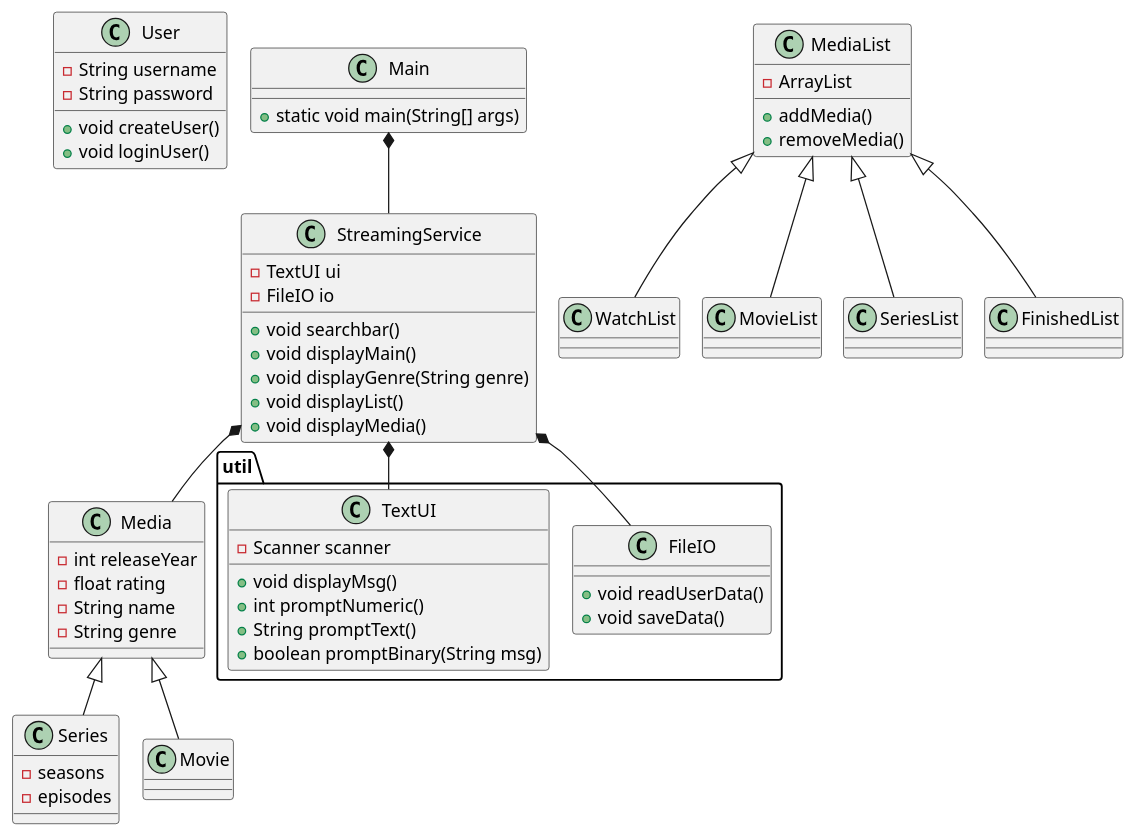
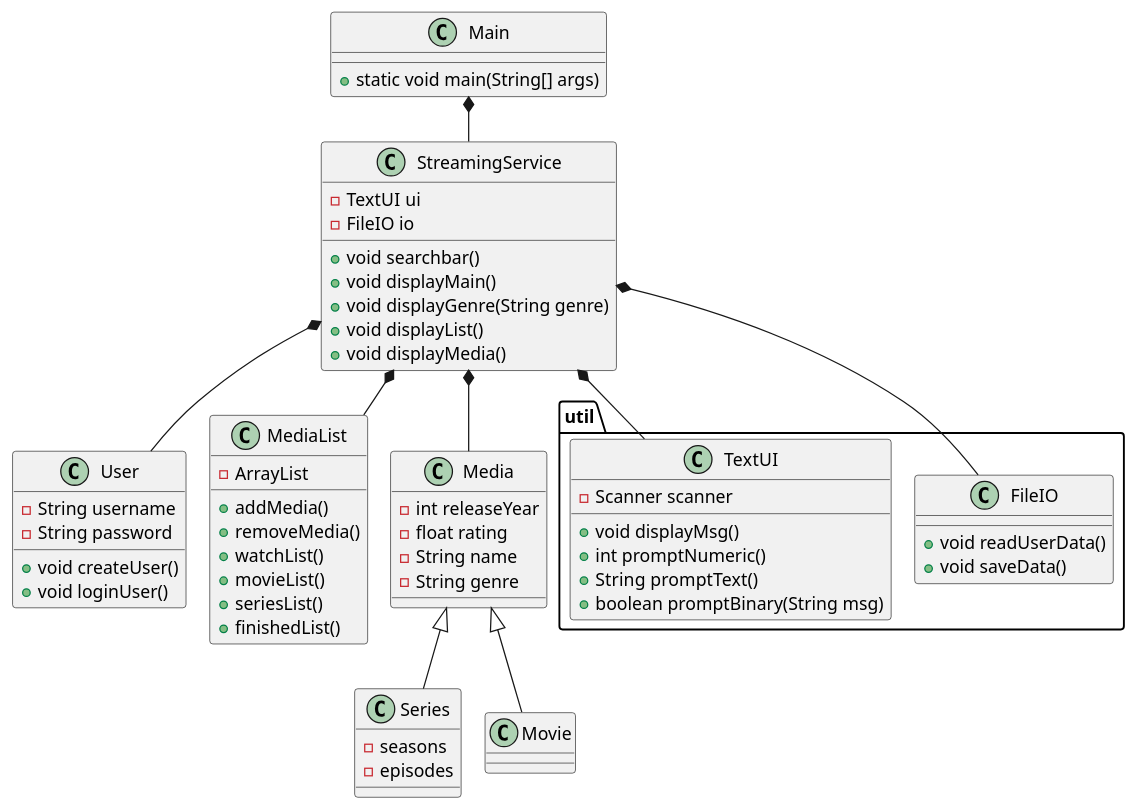
Before and after one commit to AndreasKuke/SP3-TMA: the diagram in doc/ClassDiagram.puml, drawn with PlantUML.

Commit message:
Updated ClassDiagram

```diff
--- a/doc/ClassDiagram.puml
+++ b/doc/ClassDiagram.puml
@@ -1,93 +1,95 @@
 @startuml
 'https://plantuml.com/sequence-diagram
 !pragma layout smetana
 
 class User{
 - String username
 - String password
 + void createUser()
 + void loginUser()
 }
 
 class Main{
 
 + static void main(String[] args)
 }
 
 class StreamingService{
 
 + void searchbar()
 - TextUI ui
 - FileIO io
 + void displayMain()
 + void displayGenre(String genre)
 + void displayList()
 + void displayMedia()
 
 
 
 }
 
 class MediaList{
 
 - ArrayList
 + addMedia()
 + removeMedia()
++ watchList()
++ movieList()
++ seriesList()
++ finishedList()
 
 
 }
 
 package "util" {
 
 class FileIO{
 + void readUserData()
 + void saveData()
 
 }
 class TextUI{
 - Scanner scanner
 + void displayMsg()
 + int promptNumeric()
 + String promptText()
 + boolean promptBinary(String msg)
 
 }
 }
 
 class Media{
 
 - int releaseYear
 - float rating
 - String name
 - String genre
 
 
 
 }
 
 class Series{
 
 - seasons
 - episodes
 
 }
 
 
 
 Media <|-- Movie
 Media <|-- Series
 
 StreamingService *-- Media
 
 
-MediaList <|-- WatchList
-MediaList <|-- MovieList
-MediaList <|-- SeriesList
-MediaList <|-- FinishedList
+
 
 Main *-- StreamingService
-
+StreamingService *-- User
+StreamingService *-- MediaList
 
 StreamingService *-- TextUI
 StreamingService *-- FileIO
 @enduml
```
